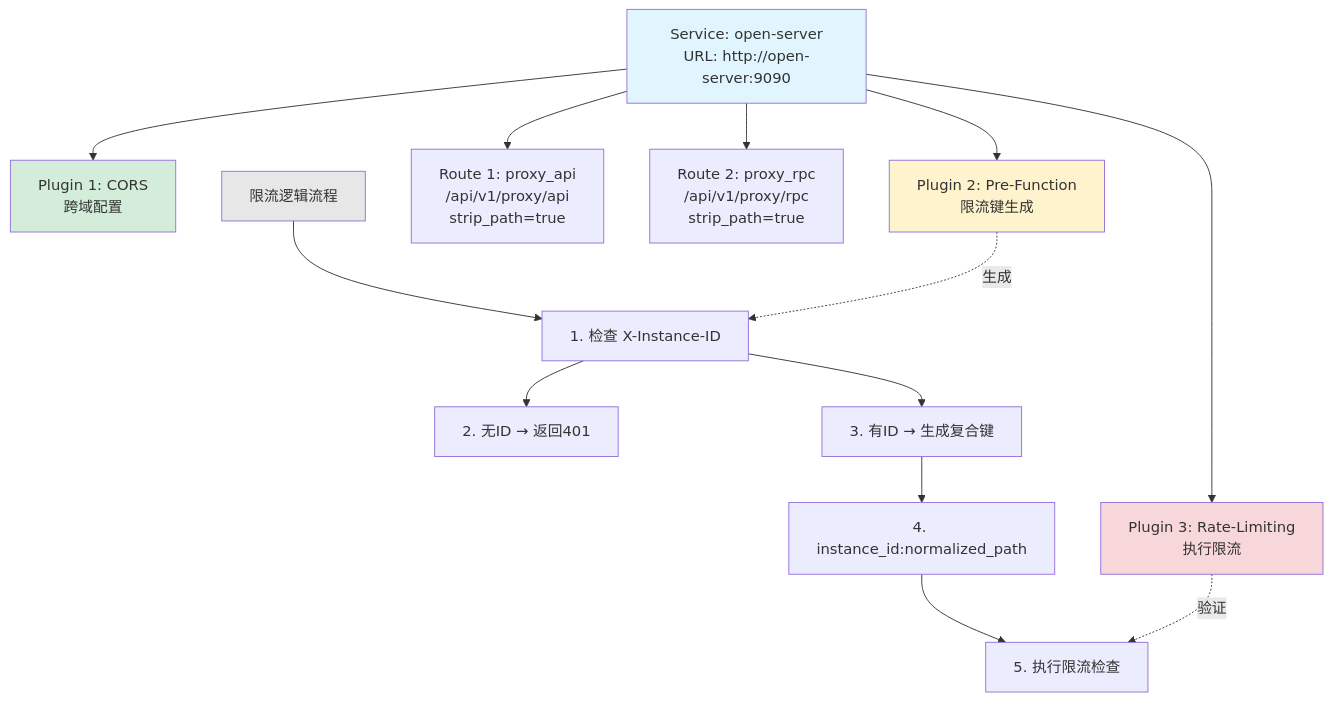
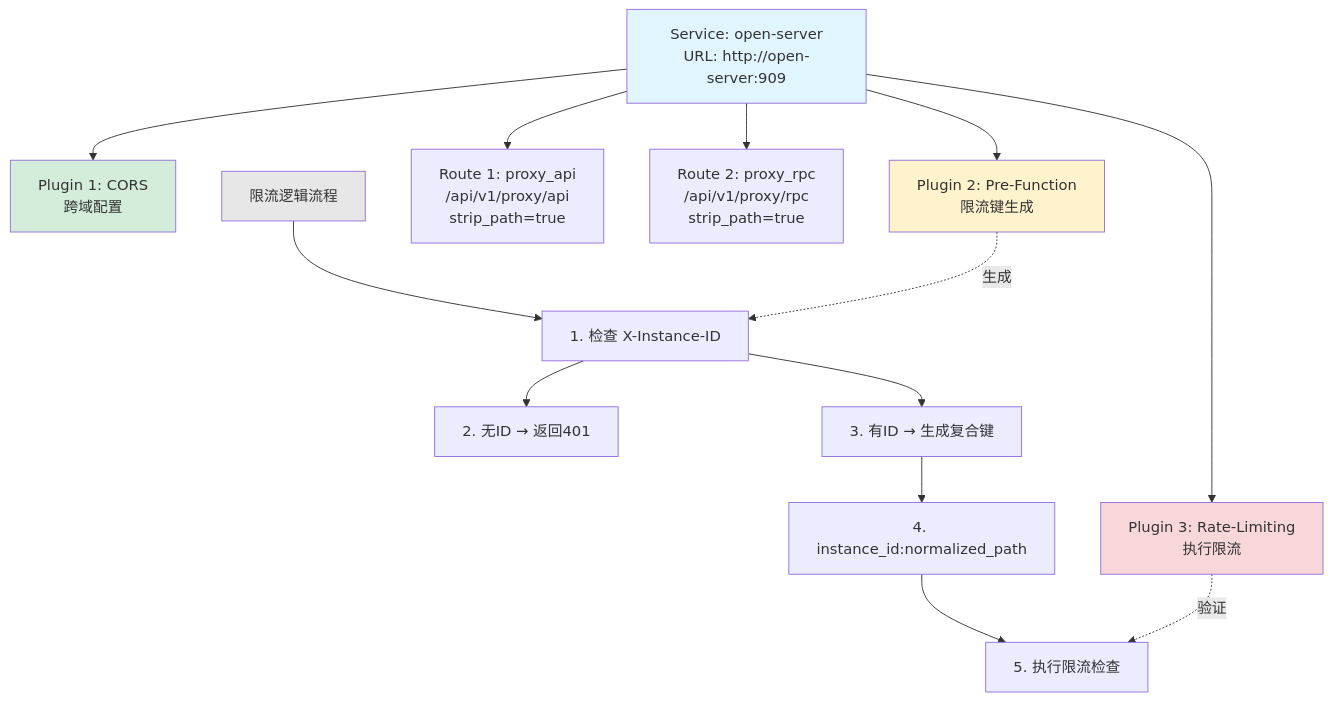
Before and after one commit to yingjianzh/iodraw-files: the diagram in all/未命名-8.md, drawn with Mermaid.

Commit message:
2025-12-10 10:58:44 update

````diff
--- a/all/未命名-8.md
+++ b/all/未命名-8.md
@@ -1,39 +1,39 @@
 ```mermaid
 graph TB
-    S1[Service: open-server<br/>URL: http://open-server:9090]
+    S1[Service: open-server<br/>URL: http://open-server:909]
     
     S1P1[Plugin 1: CORS<br/>跨域配置]
     S1P2[Plugin 2: Pre-Function<br/>限流键生成]
     S1P3[Plugin 3: Rate-Limiting<br/>执行限流]
     
     R1[Route 1: proxy_api<br/>/api/v1/proxy/api<br/>strip_path=true]
     R2[Route 2: proxy_rpc<br/>/api/v1/proxy/rpc<br/>strip_path=true]
     
     S1 --> S1P1
     S1 --> S1P2
     S1 --> S1P3
     S1 --> R1
     S1 --> R2
     
     Logic[限流逻辑流程]
     L1[1. 检查 X-Instance-ID]
     L2[2. 无ID → 返回401]
     L3[3. 有ID → 生成复合键]
     L4[4. instance_id:normalized_path]
     L5[5. 执行限流检查]
     
     Logic --> L1
     L1 --> L2
     L1 --> L3
     L3 --> L4
     L4 --> L5
     
     S1P2 -.生成.-> L1
     S1P3 -.验证.-> L5
     
     style S1 fill:#e1f5ff
     style S1P1 fill:#d4edda
     style S1P2 fill:#fff3cd
     style S1P3 fill:#f8d7da
     style Logic fill:#e7e7e7
 ```
````
